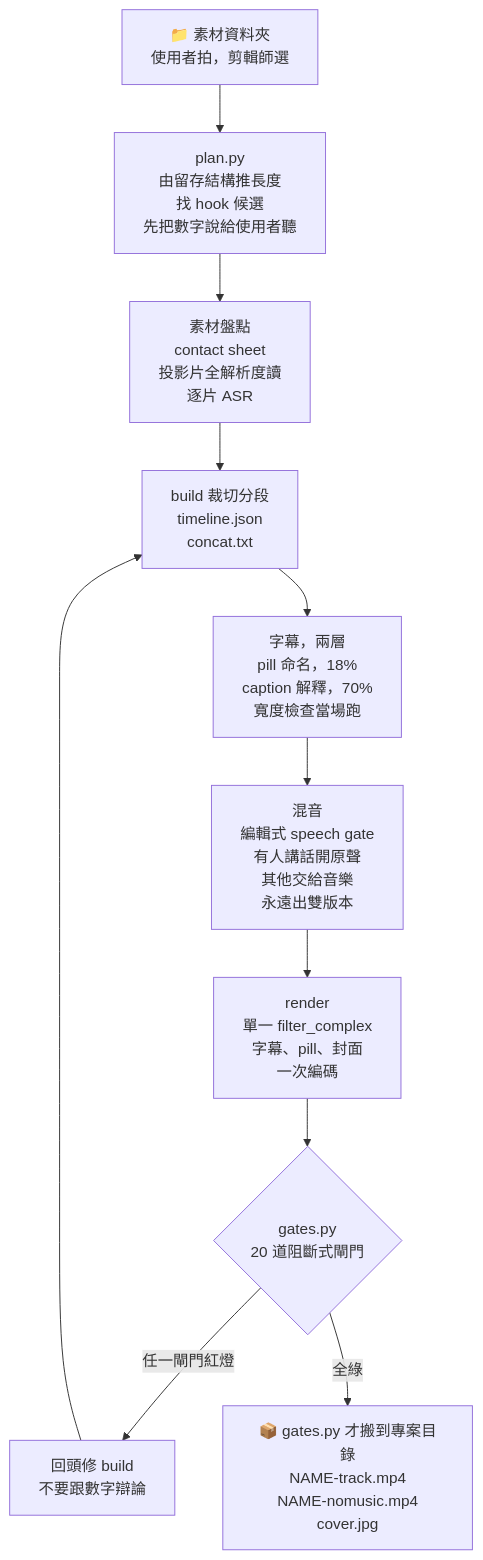
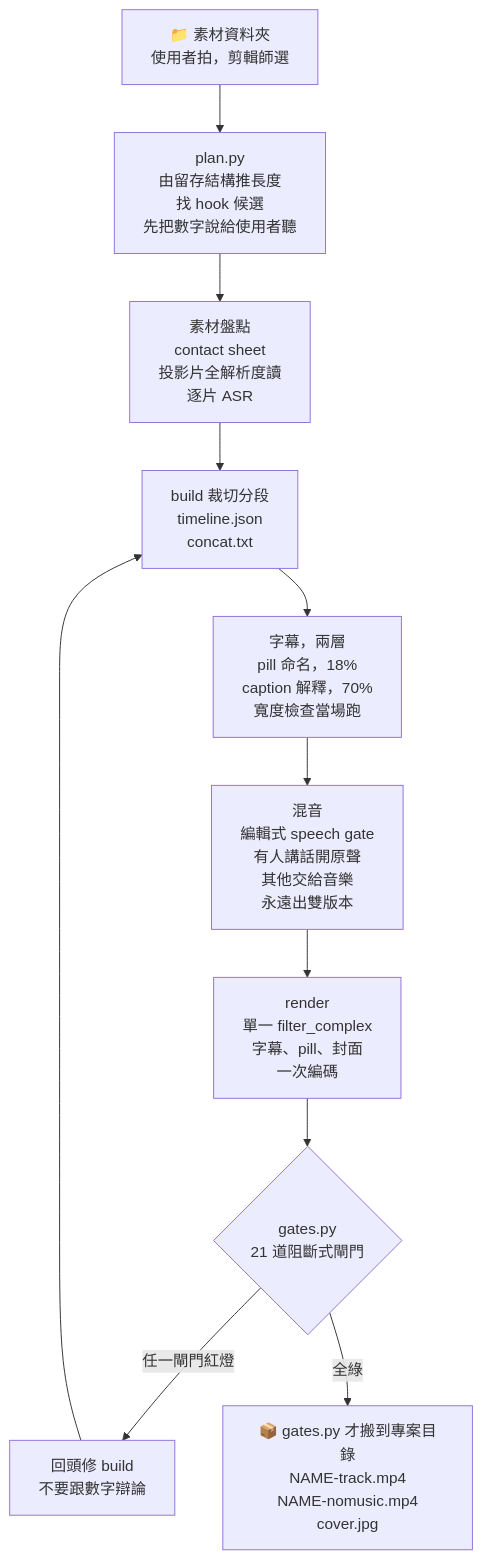
One commit to chyiiiiiiiiiiii/yiibu changed the diagram in README.zh-TW.md. Above: the diagram before and after it, drawn with Mermaid. The commit also changed other lines of this file and 39 other files, not shown here.

````diff
--- a/README.zh-TW.md
+++ b/README.zh-TW.md
@@ -87,12 +87,12 @@
 ```mermaid
 flowchart TD
     A["📁 素材資料夾<br/>使用者拍，剪輯師選"] --> P["plan.py<br/>由留存結構推長度<br/>找 hook 候選<br/>先把數字說給使用者聽"]
     P --> I["素材盤點<br/>contact sheet<br/>投影片全解析度讀<br/>逐片 ASR"]
     I --> B["build 裁切分段<br/>timeline.json<br/>concat.txt"]
     B --> C["字幕，兩層<br/>pill 命名，18%<br/>caption 解釋，70%<br/>寬度檢查當場跑"]
     C --> M["混音<br/>編輯式 speech gate<br/>有人講話開原聲<br/>其他交給音樂<br/>永遠出雙版本"]
     M --> R["render<br/>單一 filter_complex<br/>字幕、pill、封面<br/>一次編碼"]
-    R --> G{"gates.py<br/>20 道阻斷式閘門"}
+    R --> G{"gates.py<br/>21 道阻斷式閘門"}
     G -->|任一閘門紅燈| F["回頭修 build<br/>不要跟數字辯論"] --> B
     G -->|全綠| D["📦 gates.py 才搬到專案目錄<br/>NAME-track.mp4<br/>NAME-nomusic.mp4<br/>cover.jpg"]
 ```
````
